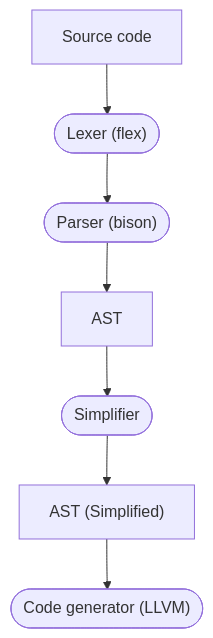
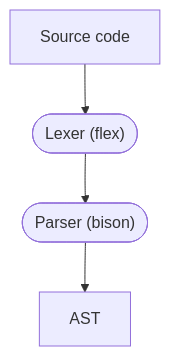
Before and after one commit to sophie-katz/forge: the first of 4 diagrams in forge-core/docs/for-developers/architecture/compiler-flow.md, drawn with Mermaid. The commit also changed other lines of this file and 34 other files, not shown here.

````diff
--- a/forge-core/docs/for-developers/architecture/compiler-flow.md
+++ b/forge-core/docs/for-developers/architecture/compiler-flow.md
@@ -18,10 +32,7 @@
 ```mermaid
 flowchart TB
     source_code["Source code"] --> lexer
     lexer(["Lexer (flex)"]) --> parser
     parser(["Parser (bison)"]) --> ast
-    ast[AST] --> simplifier
-    simplifier([Simplifier]) --> simplified_ast
-    simplified_ast["AST (Simplified)"] --> code_generator
-    code_generator(["Code generator (LLVM)"])
+    ast[AST]
 ```
````
